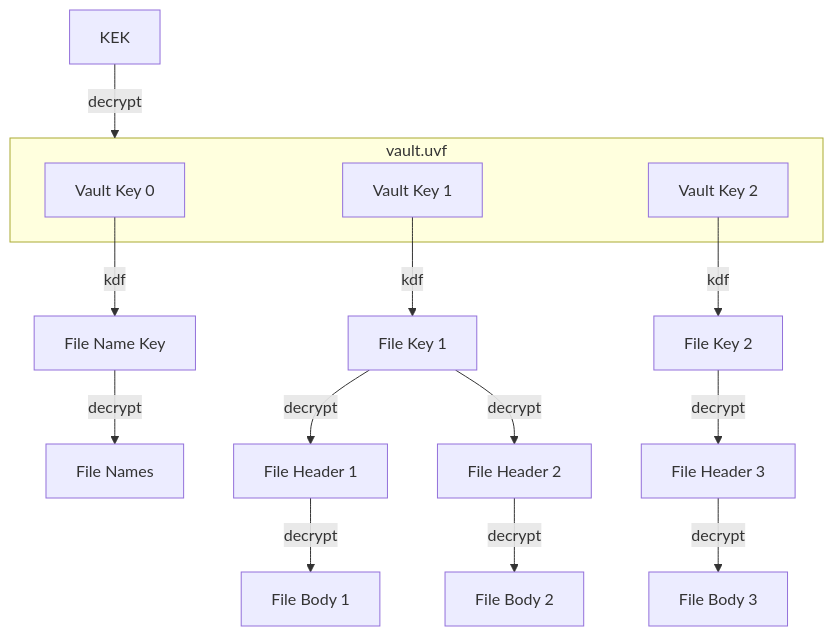
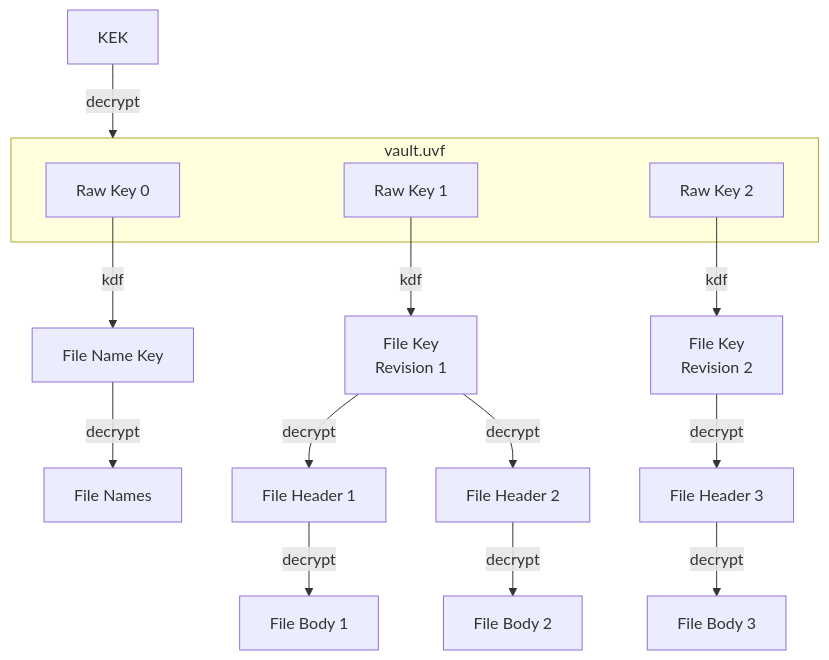
One commit to encryption-alliance/unified-vault-format changed the diagram in vault metadata/README.md. Above: the diagram before and after it, drawn with Mermaid. The commit also changed other lines of this file and 2 other files, not shown here.

Commit message:
renamed "Vault Key" → "Key"

````diff
--- a/vault metadata/README.md
+++ b/vault metadata/README.md
@@ -10,23 +10,23 @@
 ```mermaid
 flowchart TB
     subgraph JWE [vault.uvf]
-        v0[Vault Key 0]
-        v1[Vault Key 1]
-        v2[Vault Key 2]
+        k0[Raw Key 0]
+        k1[Raw Key 1]
+        k2[Raw Key 2]
     end
     KEK -->|decrypt| JWE
 
-    v0 -->|kdf| k0[File Name Key]
-    v1 -->|kdf| k1[File Key 1]
-    v2 -->|kdf| k2[File Key 2]
+    k0 -->|kdf| nk0[File Name Key]
+    k1 -->|kdf| fk1[File Key\n Revision 1]
+    k2 -->|kdf| fk2[File Key\n Revision 2]
 
-    k0 -->|decrypt| n[File Names]
+    nk0 -->|decrypt| n[File Names]
 
-    k1 -->|decrypt| h1[File Header 1]
-    k1 -->|decrypt| h2[File Header 2]
-    k2 -->|decrypt| h3[File Header 3]
+    fk1 -->|decrypt| h1[File Header 1]
+    fk1 -->|decrypt| h2[File Header 2]
+    fk2 -->|decrypt| h3[File Header 3]
 
     h1 -->|decrypt| b1[File Body 1]
     h2 -->|decrypt| b2[File Body 2]
     h3 -->|decrypt| b3[File Body 3]
 ```
````
